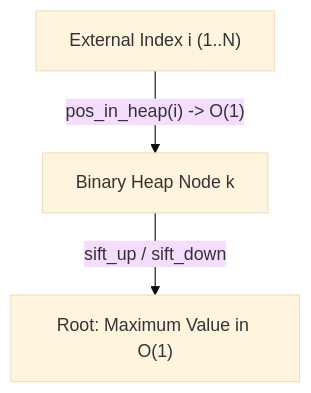
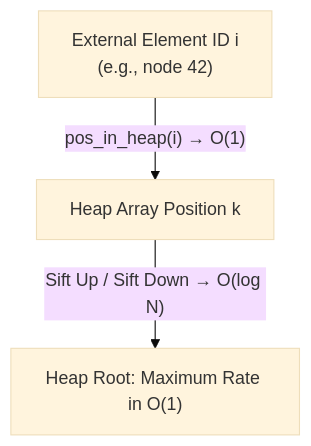
Before and after one commit to wcota/datastructs-fortran: the second of 3 diagrams in docs/guide/containers.md, drawn with Mermaid (base theme). The commit also changed other lines of this file and 5 other files, not shown here.

````diff
--- a/docs/guide/containers.md
+++ b/docs/guide/containers.md
@@ -46,5 +77,5 @@
 ```mermaid
-graph TD
-    Ext["External Index i (1..N)"] -->|"pos_in_heap(i) -> O(1)"| Heap["Binary Heap Node k"]
-    Heap -->|"sift_up / sift_down"| Max["Root: Maximum Value in O(1)"]
+flowchart TD
+    Ext["External Element ID i<br/>(e.g., node 42)"] -->|"pos_in_heap(i) &rarr; O(1)"| HeapNode["Heap Array Position k"]
+    HeapNode -->|"Sift Up / Sift Down &rarr; O(log N)"| Root["Heap Root: Maximum Rate in O(1)"]
 ```
````
